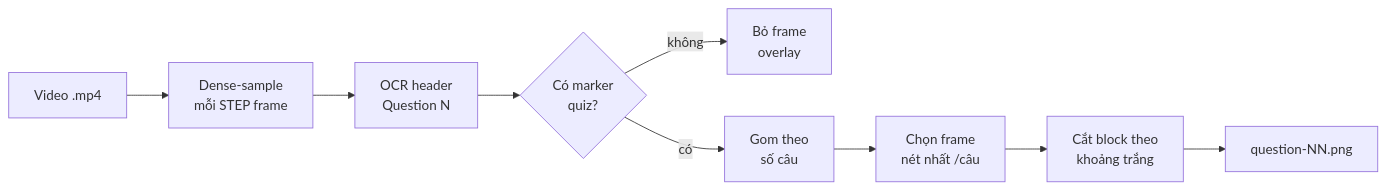
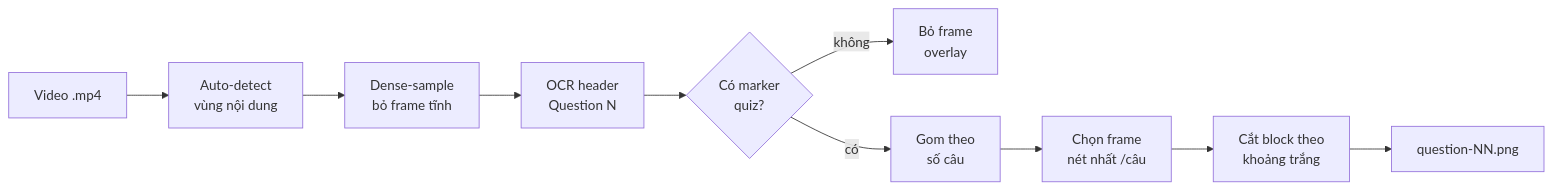
Before and after one commit to MinhThang1009/moodle-quiz-extractor: the diagram in README.md, drawn with Mermaid. The commit also changed other lines of this file, not shown here.

````diff
--- a/README.md
+++ b/README.md
@@ -155,11 +158,12 @@
 ```mermaid
 flowchart LR
-    A[Video .mp4] --> B[Dense-sample<br/>mỗi STEP frame]
+    A[Video .mp4] --> A2[Auto-detect<br/>vùng nội dung]
+    A2 --> B[Dense-sample<br/>bỏ frame tĩnh]
     B --> C[OCR header<br/>Question N]
     C --> D{Có marker<br/>quiz?}
     D -- không --> X[Bỏ frame<br/>overlay]
     D -- có --> E[Gom theo<br/>số câu]
     E --> F[Chọn frame<br/>nét nhất /câu]
     F --> G[Cắt block theo<br/>khoảng trắng]
     G --> H[question-NN.png]
 ```
````
